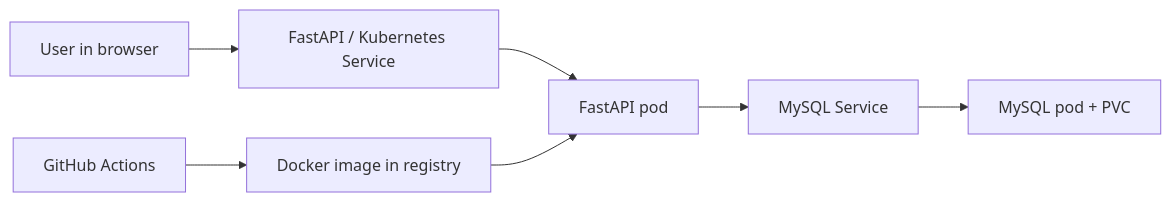
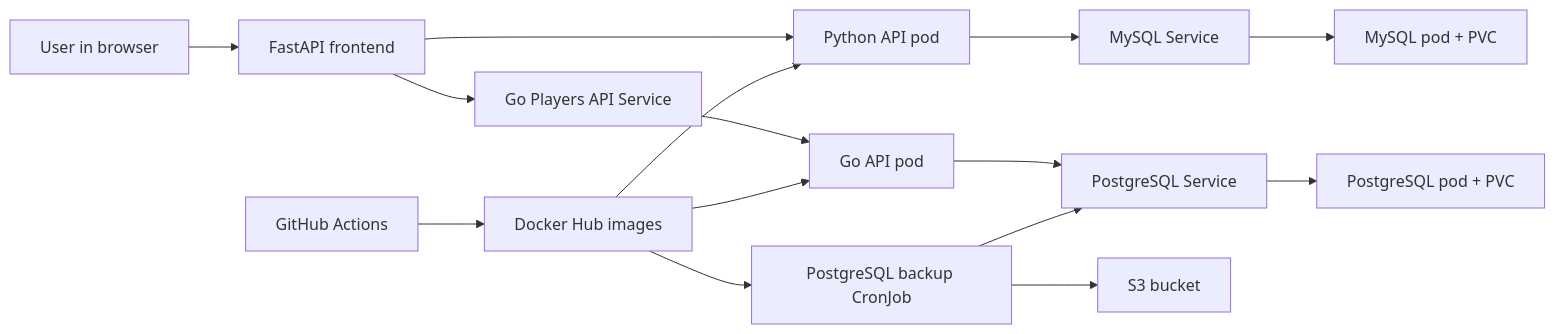
Before and after one commit to joaokeselik/rps-cloud-native: the diagram in docs/report.md, drawn with Mermaid. The commit also changed other lines of this file and 16 other files, not shown here.

Commit message:
Add Go CRUD API and PostgreSQL backup for VG

````diff
--- a/docs/report.md
+++ b/docs/report.md
@@ -19,9 +24,17 @@
 ```mermaid
 flowchart LR
-    A[User in browser] --> B[FastAPI / Kubernetes Service]
-    B --> C[FastAPI pod]
+    A[User in browser] --> B[FastAPI frontend]
+    B --> C[Python API pod]
     C --> D[MySQL Service]
     D --> E[MySQL pod + PVC]
-    F[GitHub Actions] --> G[Docker image in registry]
-    G --> C
+    B --> F[Go Players API Service]
+    F --> G[Go API pod]
+    G --> H[PostgreSQL Service]
+    H --> I[PostgreSQL pod + PVC]
+    J[PostgreSQL backup CronJob] --> H
+    J --> K[S3 bucket]
+    L[GitHub Actions] --> M[Docker Hub images]
+    M --> C
+    M --> G
+    M --> J
 ```
````
